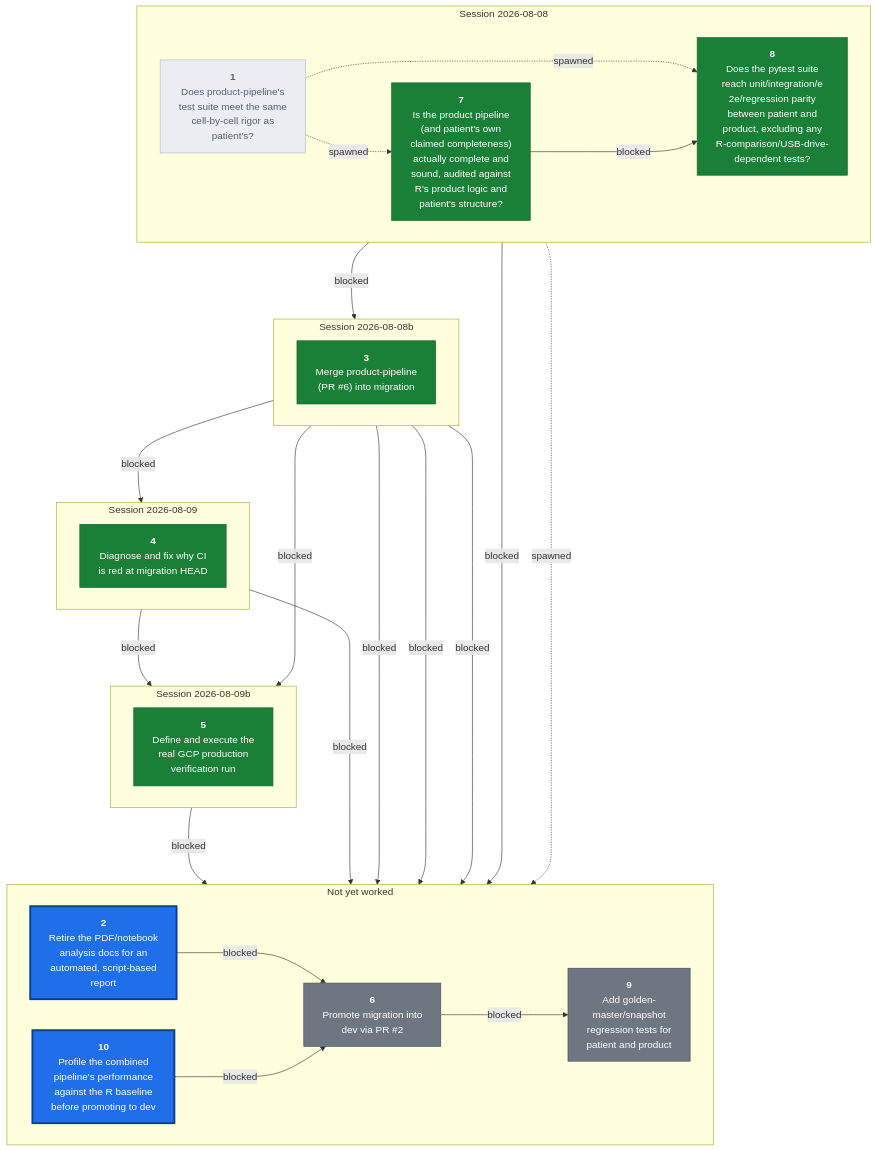
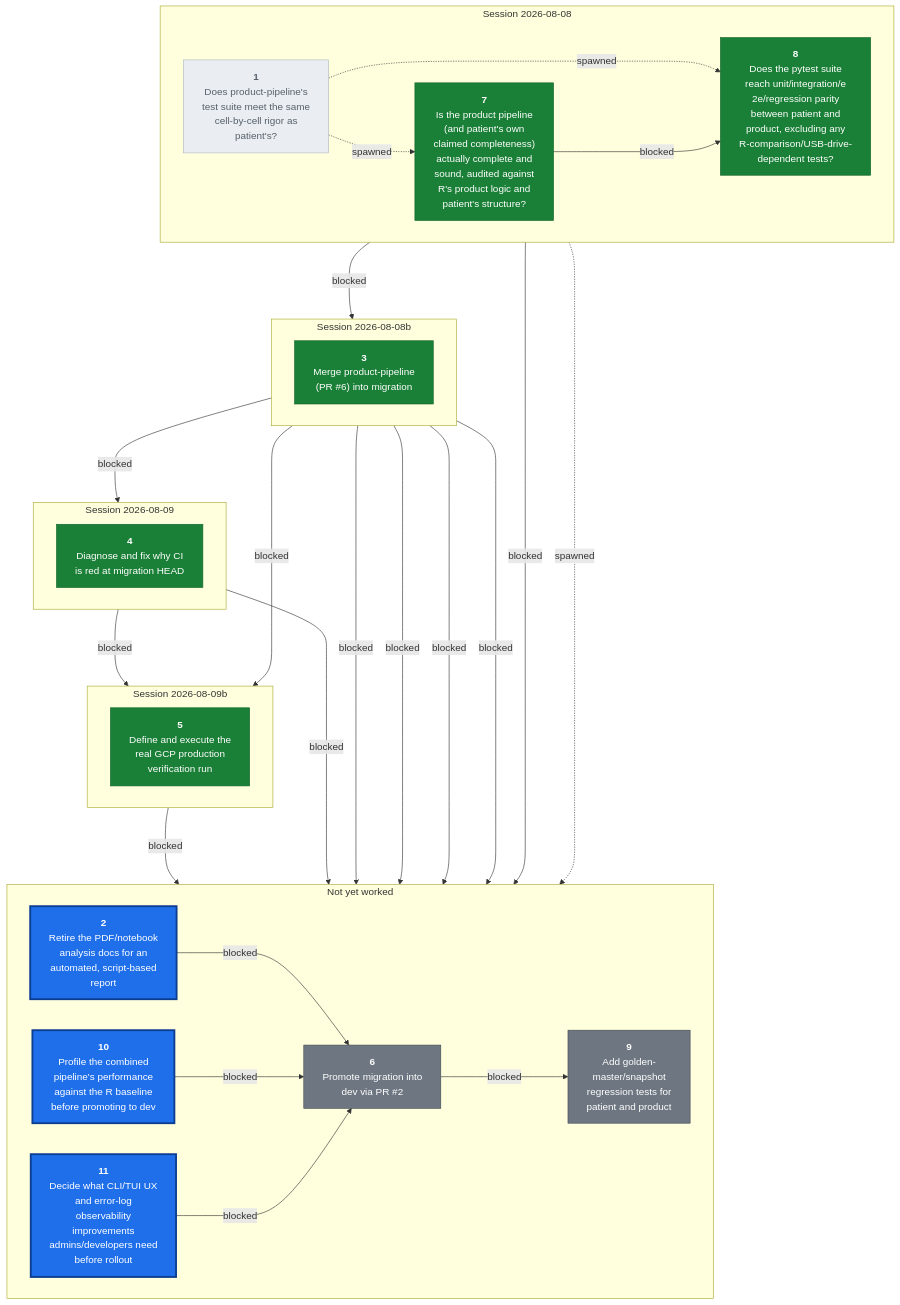
Before and after one commit to CorrelAid/a4d: the second of 2 diagrams in docs/wayfinder/map.md, drawn with Mermaid. The commit also changed other lines of this file and 6 other files, not shown here.

````diff
--- a/docs/wayfinder/map.md
+++ b/docs/wayfinder/map.md
@@ -357,60 +373,63 @@
 ```mermaid
 flowchart TB
   subgraph S2026_08_08["Session 2026-08-08"]
     direction LR
     U1["<b>1</b><br/>Does product-pipeline's<br/>test suite meet the same<br/>cell-by-cell rigor as<br/>patient's?"]
     U7["<b>7</b><br/>Is the product pipeline<br/>(and patient's own<br/>claimed completeness)<br/>actually complete and<br/>sound, audited against<br/>R's product logic and<br/>patient's structure?"]
     U8["<b>8</b><br/>Does the pytest suite<br/>reach unit/integration/e<br/>2e/regression parity<br/>between patient and<br/>product, excluding any<br/>R-comparison/USB-drive-<br/>dependent tests?"]
   end
   subgraph S2026_08_08b["Session 2026-08-08b"]
     direction LR
     U3["<b>3</b><br/>Merge product-pipeline<br/>(PR #6) into migration"]
   end
   subgraph S2026_08_09["Session 2026-08-09"]
     direction LR
     U4["<b>4</b><br/>Diagnose and fix why CI<br/>is red at migration HEAD"]
   end
   subgraph S2026_08_09b["Session 2026-08-09b"]
     direction LR
     U5["<b>5</b><br/>Define and execute the<br/>real GCP production<br/>verification run"]
   end
   subgraph Sopen["Not yet worked"]
     direction LR
     U2["<b>2</b><br/>Retire the PDF/notebook<br/>analysis docs for an<br/>automated, script-based<br/>report"]
     U6["<b>6</b><br/>Promote migration into<br/>dev via PR #2"]
     U9["<b>9</b><br/>Add golden-<br/>master/snapshot<br/>regression tests for<br/>patient and product"]
     U10["<b>10</b><br/>Profile the combined<br/>pipeline's performance<br/>against the R baseline<br/>before promoting to dev"]
+    U11["<b>11</b><br/>Decide what CLI/TUI UX<br/>and error-log<br/>observability<br/>improvements<br/>admins/developers need<br/>before rollout"]
   end
 
   S2026_08_08 ~~~ S2026_08_08b
   S2026_08_08b ~~~ S2026_08_09
   S2026_08_09 ~~~ S2026_08_09b
   S2026_08_09b ~~~ Sopen
 
   U3 --->|blocked| U2
   U8 --->|blocked| U3
   U3 --->|blocked| U4
   U3 --->|blocked| U5
   U4 --->|blocked| U5
   U8 --->|blocked| U6
   U2 --->|blocked| U6
   U3 --->|blocked| U6
   U4 --->|blocked| U6
   U5 --->|blocked| U6
   U10 --->|blocked| U6
+  U11 --->|blocked| U6
   U1 -.->|spawned| U7
   U1 -.->|spawned| U8
   U7 --->|blocked| U8
   U8 -.->|spawned| U9
   U6 --->|blocked| U9
   U3 --->|blocked| U10
+  U3 --->|blocked| U11
 
   classDef tfrontier fill:#1f6feb,stroke:#0b3d91,stroke-width:3px,color:#ffffff
-  class U2,U10 tfrontier
+  class U2,U10,U11 tfrontier
   classDef tblocked fill:#6e7781,stroke:#424a53,stroke-width:1px,color:#ffffff
   class U6,U9 tblocked
   classDef tdecided fill:#1a7f37,stroke:#116329,stroke-width:1px,color:#ffffff
   class U3,U4,U5,U7,U8 tdecided
   classDef tdropped fill:#eaeef2,stroke:#afb8c1,stroke-width:1px,color:#57606a
   class U1 tdropped
 ```
````
